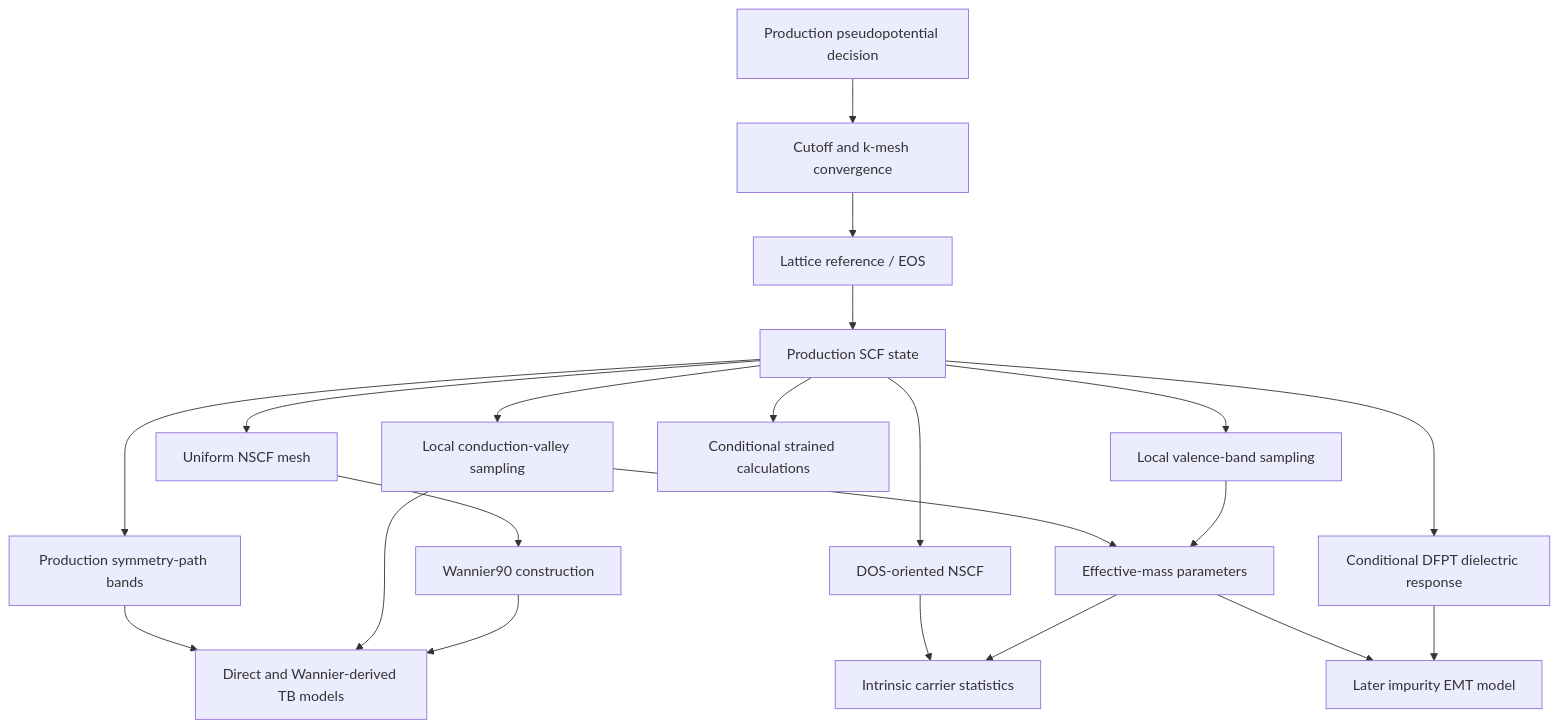
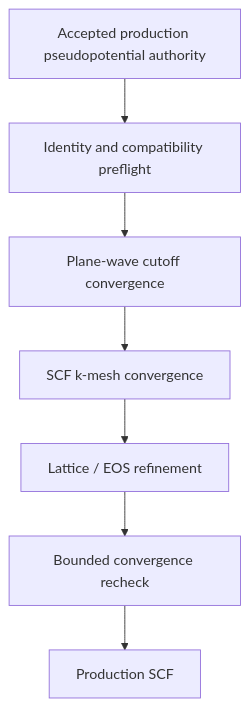
Before and after one commit to eragasa/ksdft2effmass: the diagram in docs/computational/bulk-silicon-production-program.md, drawn with Mermaid. The commit also changed other lines of this file and 18 other files, not shown here.

Commit message:
plan(science): activate production convergence design

````diff
--- a/docs/computational/bulk-silicon-production-program.md
+++ b/docs/computational/bulk-silicon-production-program.md
@@ -528,45 +508,17 @@
 ```mermaid
 flowchart TD
-    PP["Production pseudopotential decision"]
-    CONV["Cutoff and k-mesh convergence"]
-    LAT["Lattice reference / EOS"]
-    SCF["Production SCF state"]
-    PATH["Production symmetry-path bands"]
-    VALLEY["Local conduction-valley sampling"]
-    VB["Local valence-band sampling"]
-    NSCF["Uniform NSCF mesh"]
-    DOS["DOS-oriented NSCF"]
-    W90["Wannier90 construction"]
-    TB["Direct and Wannier-derived TB models"]
-    EMT["Effective-mass parameters"]
-    STATS["Intrinsic carrier statistics"]
-    DFPT["Conditional DFPT dielectric response"]
-    STRAIN["Conditional strained calculations"]
-    IMP["Later impurity EMT model"]
+    AUTH["Accepted production pseudopotential authority"]
+    PREFLIGHT["Identity and compatibility preflight"]
+    CUTOFF["Plane-wave cutoff convergence"]
+    KMESH["SCF k-mesh convergence"]
+    EOS["Lattice / EOS refinement"]
+    RECHECK["Bounded convergence recheck"]
+    SCF["Production SCF"]
 
-    PP --> CONV
-    CONV --> LAT
-    LAT --> SCF
-
-    SCF --> PATH
-    SCF --> VALLEY
-    SCF --> VB
-    SCF --> NSCF
-    SCF --> DOS
-
-    NSCF --> W90
-    PATH --> TB
-    VALLEY --> TB
-    W90 --> TB
-
-    VALLEY --> EMT
-    VB --> EMT
-    DOS --> STATS
-    EMT --> STATS
-
-    SCF --> DFPT
-    SCF --> STRAIN
-
-    EMT --> IMP
-    DFPT --> IMP
+    AUTH --> PREFLIGHT
+    PREFLIGHT --> CUTOFF
+    CUTOFF --> KMESH
+    KMESH --> EOS
+    EOS --> RECHECK
+    RECHECK --> SCF
 ```
````
